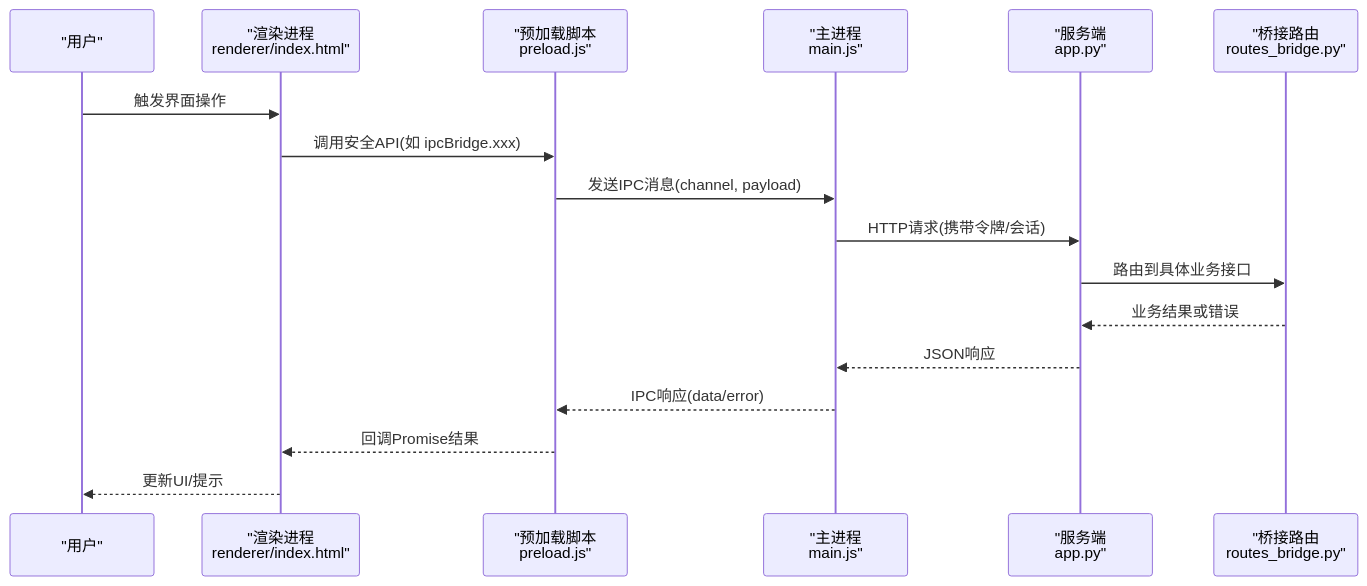
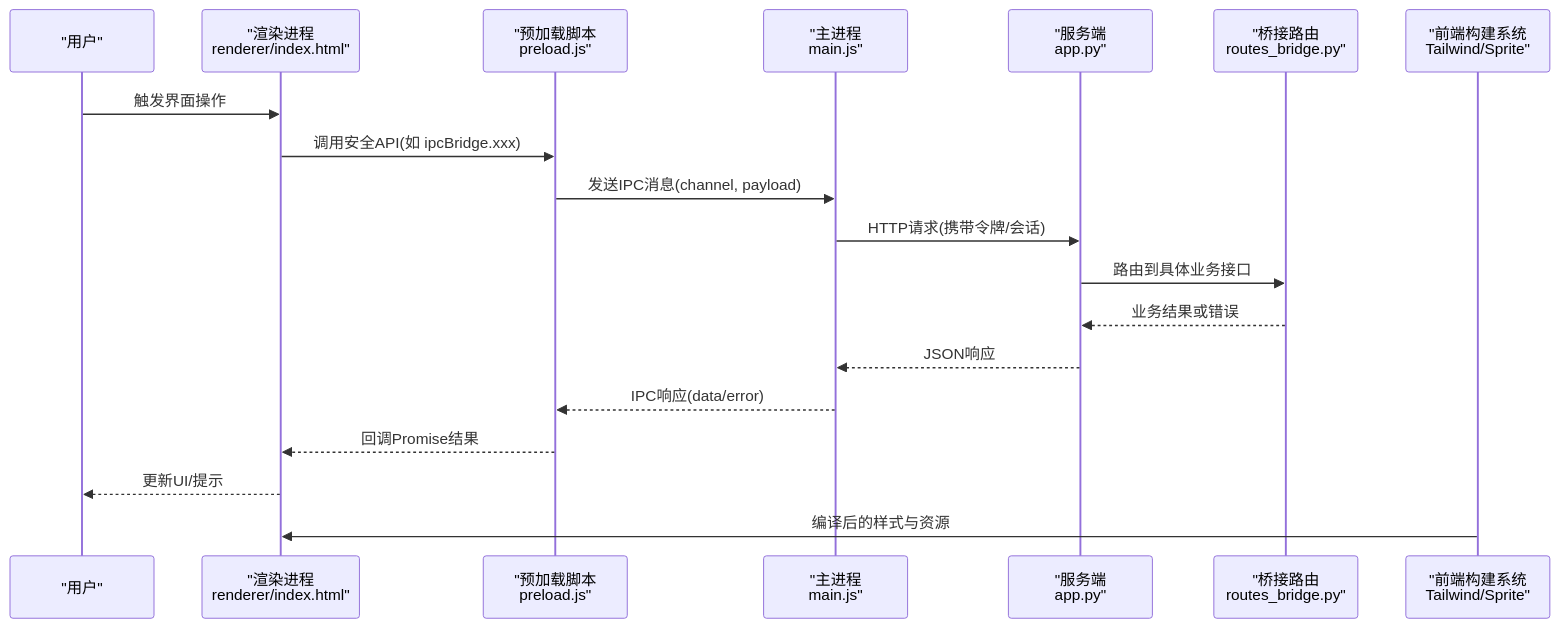
Before and after one commit to abokyoy/LectureLearnLoop: the second of 4 diagrams in .qoder/repowiki/zh/content/前端架构/前端架构.md, drawn with Mermaid. The commit also changed other lines of this file and 91 other files, not shown here.

````diff
--- a/.qoder/repowiki/zh/content/前端架构/前端架构.md
+++ b/.qoder/repowiki/zh/content/前端架构/前端架构.md
@@ -103,19 +139,21 @@
 ```mermaid
 sequenceDiagram
 participant U as "用户"
 participant R as "渲染进程<br/>renderer/index.html"
 participant P as "预加载脚本<br/>preload.js"
 participant M as "主进程<br/>main.js"
 participant S as "服务端<br/>app.py"
 participant BR as "桥接路由<br/>routes_bridge.py"
+participant F as "前端构建系统<br/>Tailwind/Sprite"
 U->>R : 触发界面操作
 R->>P : 调用安全API(如 ipcBridge.xxx)
 P->>M : 发送IPC消息(channel, payload)
 M->>S : HTTP请求(携带令牌/会话)
 S->>BR : 路由到具体业务接口
 BR-->>S : 业务结果或错误
 S-->>M : JSON响应
 M-->>P : IPC响应(data/error)
 P-->>R : 回调Promise结果
 R-->>U : 更新UI/提示
+F->>R : 编译后的样式与资源
 ```
````
